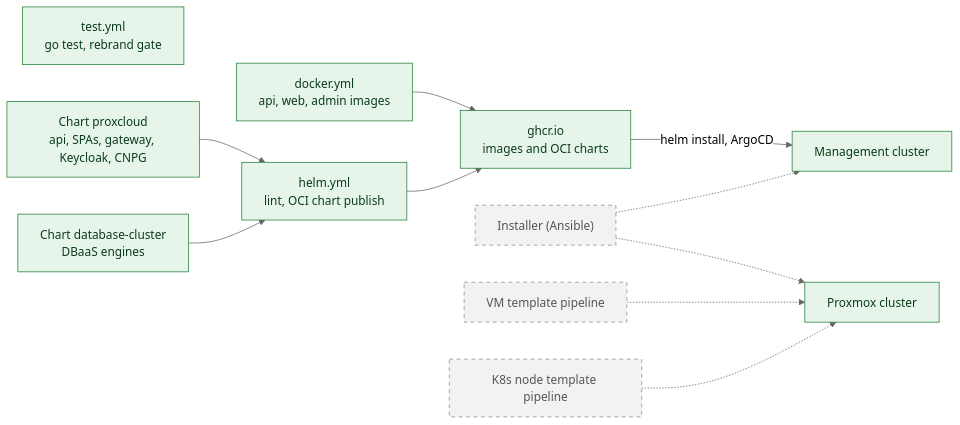
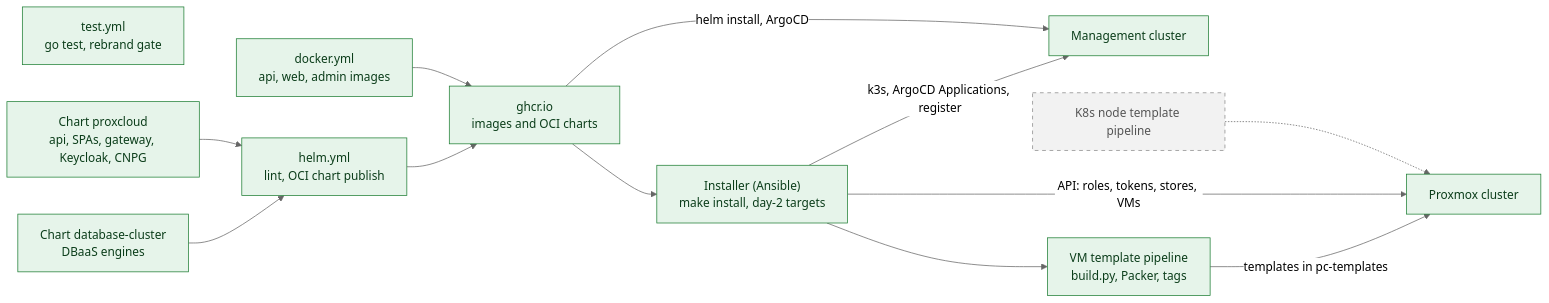
The third of 3 diagrams in docs/architecture/c4/c2-containers.md (mutex-solutions/proxcloud), drawn with Mermaid (neutral theme) before and after one commit. The commit also changed other lines of this file and 9 other files, not shown here.

````diff
--- a/docs/architecture/c4/c2-containers.md
+++ b/docs/architecture/c4/c2-containers.md
@@ -175,27 +177,29 @@
 ```mermaid
 flowchart LR
   classDef impl fill:#e6f4ea,stroke:#1e7e34,color:#0b3d1a
   classDef planned fill:#f2f2f2,stroke:#8a8a8a,stroke-dasharray:5 5,color:#555555
 
   test["test.yml<br/>go test, rebrand gate"]:::impl
   docker["docker.yml<br/>api, web, admin images"]:::impl
   helm["helm.yml<br/>lint, OCI chart publish"]:::impl
   ghcr["ghcr.io<br/>images and OCI charts"]:::impl
   chart["Chart proxcloud<br/>api, SPAs, gateway, Keycloak, CNPG"]:::impl
   dbchart["Chart database-cluster<br/>DBaaS engines"]:::impl
-  inst["Installer (Ansible)"]:::planned
-  vmt["VM template pipeline"]:::planned
+  inst["Installer (Ansible)<br/>make install, day-2 targets"]:::impl
+  vmt["VM template pipeline<br/>build.py, Packer, tags"]:::impl
   k8st["K8s node template pipeline"]:::planned
   mgmt["Management cluster"]:::impl
   pve["Proxmox cluster"]:::impl
 
   docker --> ghcr
   helm --> ghcr
   chart --> helm
   dbchart --> helm
   ghcr -->|"helm install, ArgoCD"| mgmt
-  inst -.-> mgmt
-  inst -.-> pve
-  vmt -.-> pve
+  ghcr --> inst
+  inst -->|"k3s, ArgoCD Applications, register"| mgmt
+  inst -->|"API: roles, tokens, stores, VMs"| pve
+  inst --> vmt
+  vmt -->|"templates in pc-templates"| pve
   k8st -.-> pve
 ```
````
